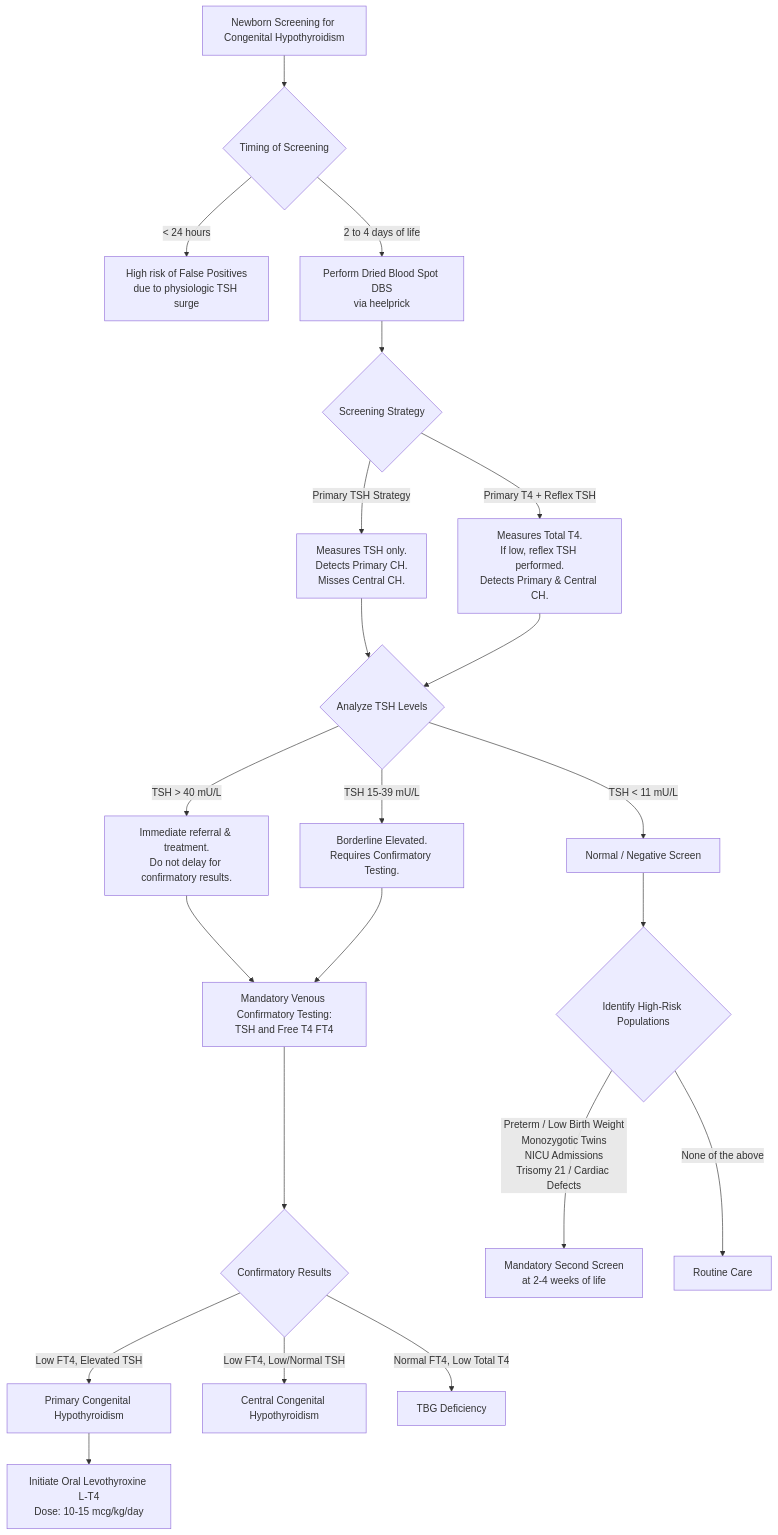
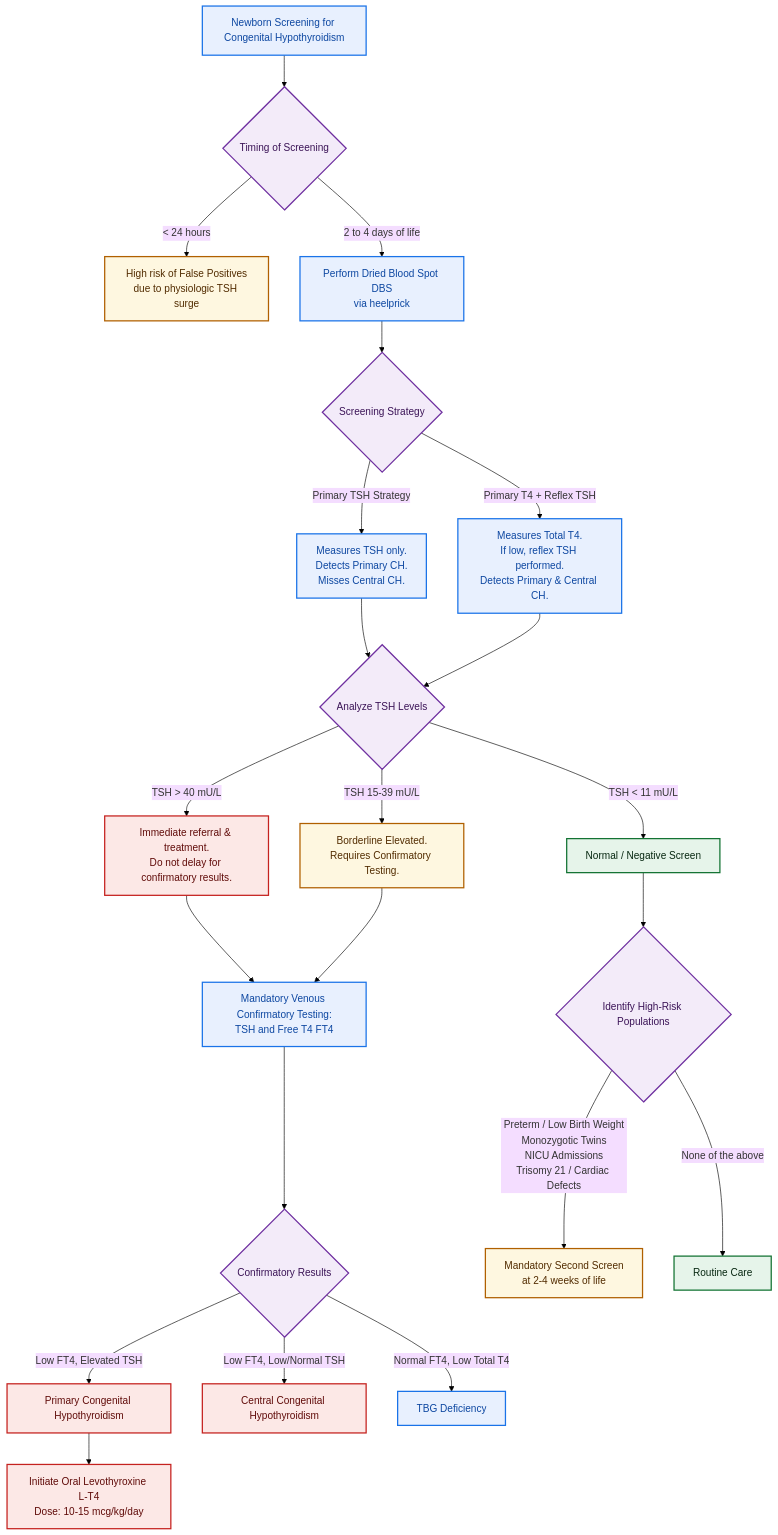
The diagram in src/site/notes/Endocrinology/Neonatal Thyroid Screening.md (rubanbalaji-g/dnb-theory), drawn with Mermaid before and after one commit. The commit also changed 4 other files, not shown here.

````diff
--- a/src/site/notes/Endocrinology/Neonatal Thyroid Screening.md
+++ b/src/site/notes/Endocrinology/Neonatal Thyroid Screening.md
@@ -5,34 +5,48 @@
 ```mermaid
 graph TD
-    A[Newborn Screening for Congenital Hypothyroidism] --> B{Timing of Screening}
-    
-    B -->|< 24 hours| C[High risk of False Positives<br>due to physiologic TSH surge]
-    B -->|2 to 4 days of life| D[Perform Dried Blood Spot DBS<br>via heelprick]
-    
-    D --> E{Screening Strategy}
-    
-    E -->|Primary TSH Strategy| F[Measures TSH only.<br>Detects Primary CH.<br>Misses Central CH.]
-    E -->|Primary T4 + Reflex TSH| G[Measures Total T4.<br>If low, reflex TSH performed.<br>Detects Primary & Central CH.]
-    
-    F --> H{Analyze TSH Levels}
-    G --> H
-    
-    H -->|TSH > 40 mU/L| I[Immediate referral & treatment.<br>Do not delay for confirmatory results.]
-    H -->|TSH 15-39 mU/L| J[Borderline Elevated.<br>Requires Confirmatory Testing.]
-    H -->|TSH < 11 mU/L| K[Normal / Negative Screen]
-    
-    I --> L[Mandatory Venous Confirmatory Testing:<br>TSH and Free T4 FT4]
-    J --> L
-    
-    L --> M{Confirmatory Results}
-    M -->|Low FT4, Elevated TSH| N[Primary Congenital Hypothyroidism]
-    M -->|Low FT4, Low/Normal TSH| O[Central Congenital Hypothyroidism]
-    M -->|Normal FT4, Low Total T4| P[TBG Deficiency]
-    
-    N --> Q[Initiate Oral Levothyroxine L-T4<br>Dose: 10-15 mcg/kg/day]
-    
-    K --> R{Identify High-Risk Populations}
-    
-    R -->|Preterm / Low Birth Weight<br>Monozygotic Twins<br>NICU Admissions<br>Trisomy 21 / Cardiac Defects| S[Mandatory Second Screen<br>at 2-4 weeks of life]
-    R -->|None of the above| T[Routine Care]
+%%{init: {'theme': 'base','themeVariables': {'lineColor': '#000000','lineWidth': '3px','fontFamily': 'Helvetica, Arial, sans-serif'}}}%%A[Newborn Screening for Congenital Hypothyroidism] --> B{Timing of Screening}
+B -->|< 24 hours| C[High risk of False Positives<br>due to physiologic TSH surge]
+B -->|2 to 4 days of life| D[Perform Dried Blood Spot DBS<br>via heelprick]
+
+D --> E{Screening Strategy}
+
+E -->|Primary TSH Strategy| F[Measures TSH only.<br>Detects Primary CH.<br>Misses Central CH.]
+E -->|Primary T4 + Reflex TSH| G[Measures Total T4.<br>If low, reflex TSH performed.<br>Detects Primary & Central CH.]
+
+F --> H{Analyze TSH Levels}
+G --> H
+
+H -->|TSH > 40 mU/L| I[Immediate referral & treatment.<br>Do not delay for confirmatory results.]
+H -->|TSH 15-39 mU/L| J[Borderline Elevated.<br>Requires Confirmatory Testing.]
+H -->|TSH < 11 mU/L| K[Normal / Negative Screen]
+
+I --> L[Mandatory Venous Confirmatory Testing:<br>TSH and Free T4 FT4]
+J --> L
+
+L --> M{Confirmatory Results}
+M -->|Low FT4, Elevated TSH| N[Primary Congenital Hypothyroidism]
+M -->|Low FT4, Low/Normal TSH| O[Central Congenital Hypothyroidism]
+M -->|Normal FT4, Low Total T4| P[TBG Deficiency]
+
+N --> Q[Initiate Oral Levothyroxine L-T4<br>Dose: 10-15 mcg/kg/day]
+
+K --> R{Identify High-Risk Populations}
+
+R -->|Preterm / Low Birth Weight<br>Monozygotic Twins<br>NICU Admissions<br>Trisomy 21 / Cardiac Defects| S[Mandatory Second Screen<br>at 2-4 weeks of life]
+R -->|None of the above| T[Routine Care]
+
+%% Color-coded clinical styling classes
+classDef standard fill:#E8F0FE,stroke:#1A73E8,stroke-width:2px,color:#0D47A1;
+classDef decision fill:#F3EBF9,stroke:#6F30A0,stroke-width:2px,color:#3B1457;
+classDef borderline fill:#FEF7E0,stroke:#B06000,stroke-width:2px,color:#522C00;
+classDef critical fill:#FCE8E6,stroke:#C5221F,stroke-width:2px,color:#600B09;
+classDef normal fill:#E6F4EA,stroke:#137333,stroke-width:2px,color:#072711;
+
+%% Applying clinical styling
+class A,D,F,G,L,P standard;
+class B,E,H,M,R decision;
+class C,J,S borderline;
+class I,N,O,Q critical;
+class K,T normal;
+
 ```
````
